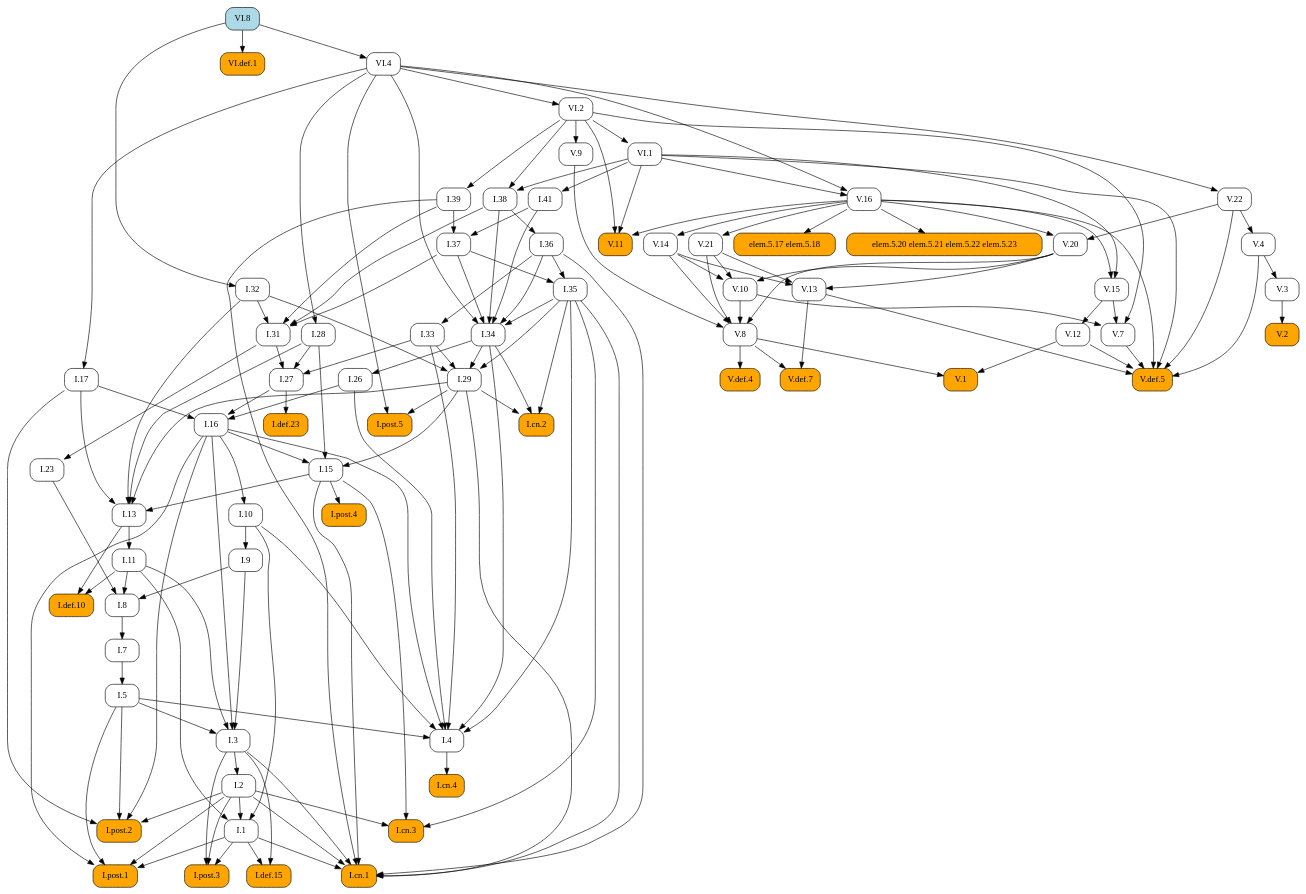
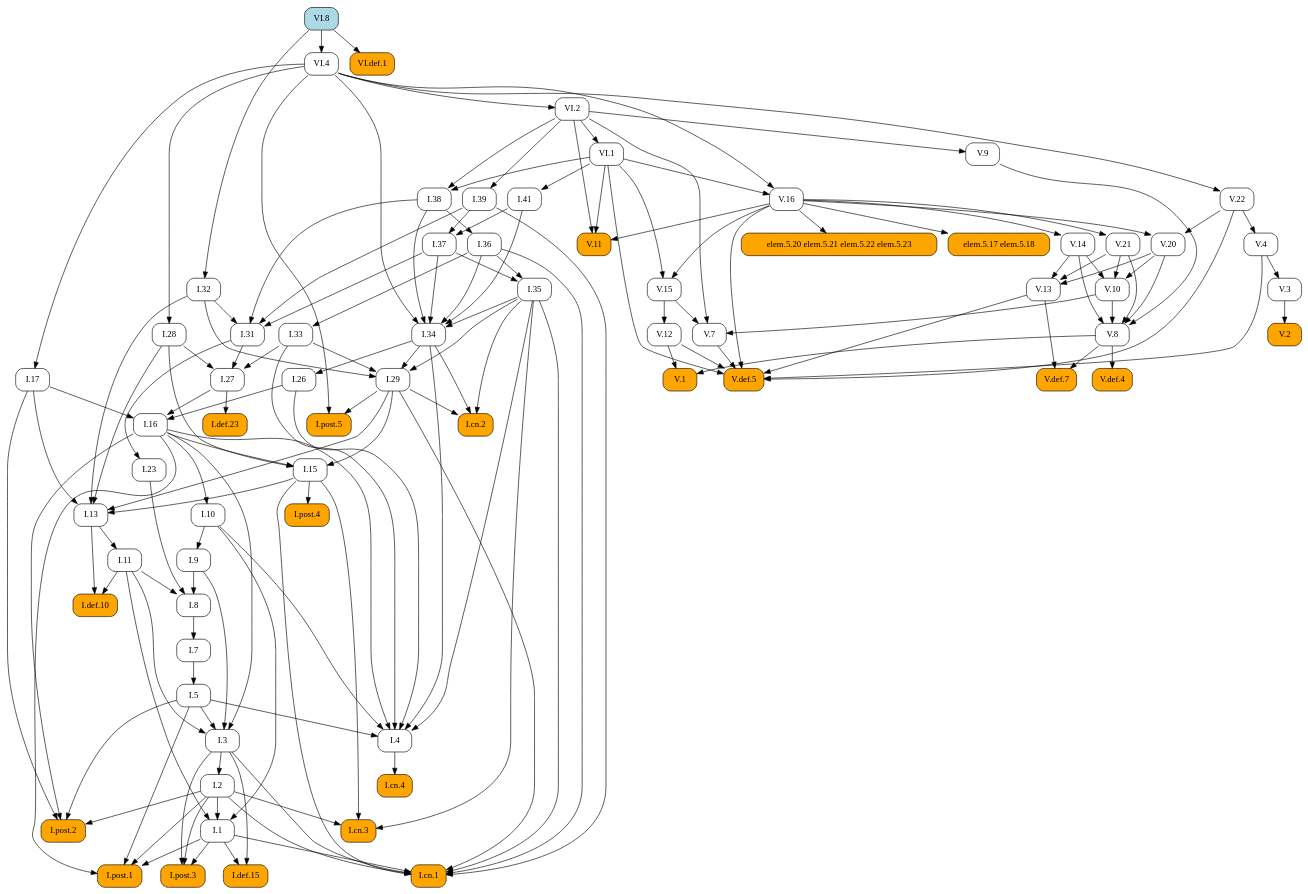
One commit to geometor/elements changed the diagram in docsrc/heath/VI/8/index.rst. Above: the diagram before and after it, drawn with Graphviz. The commit also changed other lines of this file and 1029 other files, not shown here.

```diff
--- a/docsrc/heath/VI/8/index.rst
+++ b/docsrc/heath/VI/8/index.rst
@@ -56,139 +56,82 @@
    digraph {
      rankdir="TB";
      node [shape=box, style=rounded];
+     "I.def.10" [style="rounded,filled", fillcolor=orange, URL="/heath/I/def.10/", target="_top"];
+     "I.11" [URL="/heath/I/11/", target="_top"];
+     "I.post.4" [style="rounded,filled", fillcolor=orange, URL="/heath/I/post.4/", target="_top"];
+     "I.28" [URL="/heath/I/28/", target="_top"];
+     "I.1" [URL="/heath/I/1/", target="_top"];
+     "V.def.5" [style="rounded,filled", fillcolor=orange, URL="/heath/V/def.5/", target="_top"];
+     "V.13" [URL="/heath/V/13/", target="_top"];
+     "V.11" [style="rounded,filled", fillcolor=orange, URL="/heath/V/11/", target="_top"];
+     "I.post.3" [style="rounded,filled", fillcolor=orange, URL="/heath/I/post.3/", target="_top"];
+     "VI.1" [URL="/heath/VI/1/", target="_top"];
+     "I.cn.3" [style="rounded,filled", fillcolor=orange, URL="/heath/I/cn.3/", target="_top"];
+     "V.16" [URL="/heath/V/16/", target="_top"];
+     "VI.4" [URL="/heath/VI/4/", target="_top"];
+     "V.3" [URL="/heath/V/3/", target="_top"];
+     "V.8" [URL="/heath/V/8/", target="_top"];
+     "I.27" [URL="/heath/I/27/", target="_top"];
+     "I.36" [URL="/heath/I/36/", target="_top"];
+     "I.41" [URL="/heath/I/41/", target="_top"];
+     "I.37" [URL="/heath/I/37/", target="_top"];
+     "I.34" [URL="/heath/I/34/", target="_top"];
+     "I.2" [URL="/heath/I/2/", target="_top"];
+     "I.def.23" [style="rounded,filled", fillcolor=orange, URL="/heath/I/def.23/", target="_top"];
+     "I.17" [URL="/heath/I/17/", target="_top"];
+     "I.33" [URL="/heath/I/33/", target="_top"];
+     "I.post.2" [style="rounded,filled", fillcolor=orange, URL="/heath/I/post.2/", target="_top"];
+     "VI.def.1" [style="rounded,filled", fillcolor=orange, URL="/heath/VI/def.1/", target="_top"];
+     "elem.5.20 elem.5.21 elem.5.22 elem.5.23" [style="rounded,filled", fillcolor=orange];
+     "I.9" [URL="/heath/I/9/", target="_top"];
+     "I.32" [URL="/heath/I/32/", target="_top"];
+     "I.cn.4" [style="rounded,filled", fillcolor=orange, URL="/heath/I/cn.4/", target="_top"];
+     "V.def.4" [style="rounded,filled", fillcolor=orange, URL="/heath/V/def.4/", target="_top"];
+     "I.15" [URL="/heath/I/15/", target="_top"];
+     "I.38" [URL="/heath/I/38/", target="_top"];
+     "V.def.7" [style="rounded,filled", fillcolor=orange, URL="/heath/V/def.7/", target="_top"];
+     "I.5" [URL="/heath/I/5/", target="_top"];
+     "V.21" [URL="/heath/V/21/", target="_top"];
+     "I.39" [URL="/heath/I/39/", target="_top"];
+     "I.26" [URL="/heath/I/26/", target="_top"];
+     "V.14" [URL="/heath/V/14/", target="_top"];
+     "I.29" [URL="/heath/I/29/", target="_top"];
+     "V.22" [URL="/heath/V/22/", target="_top"];
+     "V.12" [URL="/heath/V/12/", target="_top"];
+     "I.cn.2" [style="rounded,filled", fillcolor=orange, URL="/heath/I/cn.2/", target="_top"];
+     "V.20" [URL="/heath/V/20/", target="_top"];
+     "V.10" [URL="/heath/V/10/", target="_top"];
+     "VI.2" [URL="/heath/VI/2/", target="_top"];
+     "I.def.15" [style="rounded,filled", fillcolor=orange, URL="/heath/I/def.15/", target="_top"];
+     "V.15" [URL="/heath/V/15/", target="_top"];
+     "I.cn.1" [style="rounded,filled", fillcolor=orange, URL="/heath/I/cn.1/", target="_top"];
+     "V.7" [URL="/heath/V/7/", target="_top"];
+     "V.9" [URL="/heath/V/9/", target="_top"];
+     "I.23" [URL="/heath/I/23/", target="_top"];
+     "I.post.1" [style="rounded,filled", fillcolor=orange, URL="/heath/I/post.1/", target="_top"];
+     "I.35" [URL="/heath/I/35/", target="_top"];
+     "I.7" [URL="/heath/I/7/", target="_top"];
+     "I.3" [URL="/heath/I/3/", target="_top"];
+     "I.4" [URL="/heath/I/4/", target="_top"];
+     "I.13" [URL="/heath/I/13/", target="_top"];
+     "V.4" [URL="/heath/V/4/", target="_top"];
+     "I.31" [URL="/heath/I/31/", target="_top"];
      "V.1" [style="rounded,filled", fillcolor=orange, URL="/heath/V/1/", target="_top"];
-     "I.29" [URL="/heath/I/29/", target="_top"];
-     "I.7" [URL="/heath/I/7/", target="_top"];
-     "I.27" [URL="/heath/I/27/", target="_top"];
-     "I.def.23" [style="rounded,filled", fillcolor=orange, URL="/heath/I/def.23/", target="_top"];
-     "V.20" [URL="/heath/V/20/", target="_top"];
-     "I.34" [URL="/heath/I/34/", target="_top"];
+     "I.16" [URL="/heath/I/16/", target="_top"];
+     "elem.5.17 elem.5.18" [style="rounded,filled", fillcolor=orange];
+     "VI.8" [style="rounded,filled", fillcolor=lightblue, URL="/heath/VI/8/", target="_top"];
      "I.8" [URL="/heath/I/8/", target="_top"];
      "V.2" [style="rounded,filled", fillcolor=orange, URL="/heath/V/2/", target="_top"];
-     "I.9" [URL="/heath/I/9/", target="_top"];
-     "VI.8" [style="rounded,filled", fillcolor=lightblue, URL="/heath/VI/8/", target="_top"];
-     "V.22" [URL="/heath/V/22/", target="_top"];
-     "I.post.4" [style="rounded,filled", fillcolor=orange, URL="/heath/I/post.4/", target="_top"];
-     "I.2" [URL="/heath/I/2/", target="_top"];
-     "V.4" [URL="/heath/V/4/", target="_top"];
-     "I.28" [URL="/heath/I/28/", target="_top"];
-     "VI.4" [URL="/heath/VI/4/", target="_top"];
-     "I.cn.4" [style="rounded,filled", fillcolor=orange, URL="/heath/I/cn.4/", target="_top"];
-     "VI.2" [URL="/heath/VI/2/", target="_top"];
-     "elem.5.20 elem.5.21 elem.5.22 elem.5.23" [style="rounded,filled", fillcolor=orange];
-     "I.23" [URL="/heath/I/23/", target="_top"];
-     "I.13" [URL="/heath/I/13/", target="_top"];
-     "I.5" [URL="/heath/I/5/", target="_top"];
-     "I.11" [URL="/heath/I/11/", target="_top"];
-     "I.4" [URL="/heath/I/4/", target="_top"];
-     "I.def.10" [style="rounded,filled", fillcolor=orange, URL="/heath/I/def.10/", target="_top"];
-     "I.post.3" [style="rounded,filled", fillcolor=orange, URL="/heath/I/post.3/", target="_top"];
-     "V.9" [URL="/heath/V/9/", target="_top"];
-     "VI.def.1" [style="rounded,filled", fillcolor=orange, URL="/heath/VI/def.1/", target="_top"];
-     "elem.5.17 elem.5.18" [style="rounded,filled", fillcolor=orange];
-     "V.3" [URL="/heath/V/3/", target="_top"];
-     "I.36" [URL="/heath/I/36/", target="_top"];
-     "V.12" [URL="/heath/V/12/", target="_top"];
-     "I.15" [URL="/heath/I/15/", target="_top"];
-     "I.17" [URL="/heath/I/17/", target="_top"];
-     "I.32" [URL="/heath/I/32/", target="_top"];
-     "I.41" [URL="/heath/I/41/", target="_top"];
-     "V.def.5" [style="rounded,filled", fillcolor=orange, URL="/heath/V/def.5/", target="_top"];
-     "I.cn.3" [style="rounded,filled", fillcolor=orange, URL="/heath/I/cn.3/", target="_top"];
-     "V.16" [URL="/heath/V/16/", target="_top"];
-     "I.38" [URL="/heath/I/38/", target="_top"];
-     "V.15" [URL="/heath/V/15/", target="_top"];
-     "V.def.4" [style="rounded,filled", fillcolor=orange, URL="/heath/V/def.4/", target="_top"];
-     "V.21" [URL="/heath/V/21/", target="_top"];
-     "V.8" [URL="/heath/V/8/", target="_top"];
-     "V.7" [URL="/heath/V/7/", target="_top"];
-     "I.1" [URL="/heath/I/1/", target="_top"];
-     "I.def.15" [style="rounded,filled", fillcolor=orange, URL="/heath/I/def.15/", target="_top"];
-     "I.post.1" [style="rounded,filled", fillcolor=orange, URL="/heath/I/post.1/", target="_top"];
-     "V.13" [URL="/heath/V/13/", target="_top"];
-     "I.26" [URL="/heath/I/26/", target="_top"];
-     "I.33" [URL="/heath/I/33/", target="_top"];
-     "V.def.7" [style="rounded,filled", fillcolor=orange, URL="/heath/V/def.7/", target="_top"];
-     "I.39" [URL="/heath/I/39/", target="_top"];
-     "I.cn.2" [style="rounded,filled", fillcolor=orange, URL="/heath/I/cn.2/", target="_top"];
-     "V.10" [URL="/heath/V/10/", target="_top"];
+     "I.post.5" [style="rounded,filled", fillcolor=orange, URL="/heath/I/post.5/", target="_top"];
      "I.10" [URL="/heath/I/10/", target="_top"];
-     "I.3" [URL="/heath/I/3/", target="_top"];
-     "I.16" [URL="/heath/I/16/", target="_top"];
-     "I.31" [URL="/heath/I/31/", target="_top"];
-     "V.11" [style="rounded,filled", fillcolor=orange, URL="/heath/V/11/", target="_top"];
-     "I.post.2" [style="rounded,filled", fillcolor=orange, URL="/heath/I/post.2/", target="_top"];
-     "I.post.5" [style="rounded,filled", fillcolor=orange, URL="/heath/I/post.5/", target="_top"];
-     "VI.1" [URL="/heath/VI/1/", target="_top"];
-     "I.35" [URL="/heath/I/35/", target="_top"];
-     "I.cn.1" [style="rounded,filled", fillcolor=orange, URL="/heath/I/cn.1/", target="_top"];
-     "I.37" [URL="/heath/I/37/", target="_top"];
-     "V.14" [URL="/heath/V/14/", target="_top"];
-     "V.8" -> "V.1";
-     "V.12" -> "V.1";
-     "I.32" -> "I.29";
-     "I.33" -> "I.29";
-     "I.34" -> "I.29";
-     "I.35" -> "I.29";
-     "I.8" -> "I.7";
-     "I.28" -> "I.27";
-     "I.31" -> "I.27";
-     "I.33" -> "I.27";
-     "I.27" -> "I.def.23";
-     "V.16" -> "V.20";
-     "V.22" -> "V.20";
-     "I.35" -> "I.34";
-     "I.36" -> "I.34";
-     "I.37" -> "I.34";
-     "I.38" -> "I.34";
-     "I.41" -> "I.34";
-     "VI.4" -> "I.34";
-     "I.9" -> "I.8";
-     "I.11" -> "I.8";
-     "I.23" -> "I.8";
-     "V.3" -> "V.2";
-     "I.10" -> "I.9";
-     "VI.4" -> "V.22";
-     "I.15" -> "I.post.4";
-     "I.3" -> "I.2";
-     "V.22" -> "V.4";
-     "VI.4" -> "I.28";
-     "VI.8" -> "VI.4";
-     "I.4" -> "I.cn.4";
-     "VI.4" -> "VI.2";
-     "V.16" -> "elem.5.20 elem.5.21 elem.5.22 elem.5.23";
-     "I.31" -> "I.23";
-     "I.15" -> "I.13";
-     "I.17" -> "I.13";
-     "I.28" -> "I.13";
-     "I.29" -> "I.13";
-     "I.32" -> "I.13";
-     "I.7" -> "I.5";
-     "I.13" -> "I.11";
-     "I.5" -> "I.4";
-     "I.10" -> "I.4";
-     "I.16" -> "I.4";
-     "I.26" -> "I.4";
-     "I.33" -> "I.4";
-     "I.34" -> "I.4";
-     "I.35" -> "I.4";
      "I.11" -> "I.def.10";
      "I.13" -> "I.def.10";
-     "I.1" -> "I.post.3";
-     "I.2" -> "I.post.3";
-     "I.3" -> "I.post.3";
-     "VI.2" -> "V.9";
-     "VI.8" -> "VI.def.1";
-     "V.16" -> "elem.5.17 elem.5.18";
-     "V.4" -> "V.3";
-     "I.38" -> "I.36";
-     "V.15" -> "V.12";
-     "I.16" -> "I.15";
-     "I.28" -> "I.15";
-     "I.29" -> "I.15";
-     "VI.4" -> "I.17";
-     "VI.8" -> "I.32";
-     "VI.1" -> "I.41";
+     "I.13" -> "I.11";
+     "I.15" -> "I.post.4";
+     "VI.4" -> "I.28";
+     "I.2" -> "I.1";
+     "I.10" -> "I.1";
+     "I.11" -> "I.1";
      "V.4" -> "V.def.5";
      "V.7" -> "V.def.5";
      "V.12" -> "V.def.5";
@@ -196,72 +139,86 @@
      "V.16" -> "V.def.5";
      "V.22" -> "V.def.5";
      "VI.1" -> "V.def.5";
+     "V.14" -> "V.13";
+     "V.20" -> "V.13";
+     "V.21" -> "V.13";
+     "V.16" -> "V.11";
+     "VI.1" -> "V.11";
+     "VI.2" -> "V.11";
+     "I.1" -> "I.post.3";
+     "I.2" -> "I.post.3";
+     "I.3" -> "I.post.3";
+     "VI.2" -> "VI.1";
      "I.2" -> "I.cn.3";
      "I.15" -> "I.cn.3";
      "I.35" -> "I.cn.3";
      "VI.1" -> "V.16";
      "VI.4" -> "V.16";
-     "VI.1" -> "I.38";
-     "VI.2" -> "I.38";
-     "V.16" -> "V.15";
-     "VI.1" -> "V.15";
-     "V.8" -> "V.def.4";
-     "V.16" -> "V.21";
+     "VI.8" -> "VI.4";
+     "V.4" -> "V.3";
      "V.9" -> "V.8";
      "V.10" -> "V.8";
      "V.14" -> "V.8";
      "V.20" -> "V.8";
      "V.21" -> "V.8";
-     "V.10" -> "V.7";
-     "V.15" -> "V.7";
-     "VI.2" -> "V.7";
-     "I.2" -> "I.1";
-     "I.10" -> "I.1";
-     "I.11" -> "I.1";
-     "I.1" -> "I.def.15";
-     "I.3" -> "I.def.15";
-     "I.1" -> "I.post.1";
-     "I.2" -> "I.post.1";
-     "I.5" -> "I.post.1";
-     "I.16" -> "I.post.1";
-     "V.14" -> "V.13";
-     "V.20" -> "V.13";
-     "V.21" -> "V.13";
-     "I.34" -> "I.26";
+     "I.28" -> "I.27";
+     "I.31" -> "I.27";
+     "I.33" -> "I.27";
+     "I.38" -> "I.36";
+     "VI.1" -> "I.41";
+     "I.39" -> "I.37";
+     "I.41" -> "I.37";
+     "I.35" -> "I.34";
+     "I.36" -> "I.34";
+     "I.37" -> "I.34";
+     "I.38" -> "I.34";
+     "I.41" -> "I.34";
+     "VI.4" -> "I.34";
+     "I.3" -> "I.2";
+     "I.27" -> "I.def.23";
+     "VI.4" -> "I.17";
      "I.36" -> "I.33";
-     "V.8" -> "V.def.7";
-     "V.13" -> "V.def.7";
-     "VI.2" -> "I.39";
-     "I.29" -> "I.cn.2";
-     "I.34" -> "I.cn.2";
-     "I.35" -> "I.cn.2";
-     "V.14" -> "V.10";
-     "V.20" -> "V.10";
-     "V.21" -> "V.10";
-     "I.16" -> "I.10";
-     "I.5" -> "I.3";
-     "I.9" -> "I.3";
-     "I.11" -> "I.3";
-     "I.16" -> "I.3";
-     "I.17" -> "I.16";
-     "I.26" -> "I.16";
-     "I.27" -> "I.16";
-     "I.32" -> "I.31";
-     "I.37" -> "I.31";
-     "I.38" -> "I.31";
-     "I.39" -> "I.31";
-     "V.16" -> "V.11";
-     "VI.1" -> "V.11";
-     "VI.2" -> "V.11";
      "I.2" -> "I.post.2";
      "I.5" -> "I.post.2";
      "I.16" -> "I.post.2";
      "I.17" -> "I.post.2";
-     "I.29" -> "I.post.5";
-     "VI.4" -> "I.post.5";
-     "VI.2" -> "VI.1";
-     "I.36" -> "I.35";
-     "I.37" -> "I.35";
+     "VI.8" -> "VI.def.1";
+     "V.16" -> "elem.5.20 elem.5.21 elem.5.22 elem.5.23";
+     "I.10" -> "I.9";
+     "VI.8" -> "I.32";
+     "I.4" -> "I.cn.4";
+     "V.8" -> "V.def.4";
+     "I.16" -> "I.15";
+     "I.28" -> "I.15";
+     "I.29" -> "I.15";
+     "VI.1" -> "I.38";
+     "VI.2" -> "I.38";
+     "V.8" -> "V.def.7";
+     "V.13" -> "V.def.7";
+     "I.7" -> "I.5";
+     "V.16" -> "V.21";
+     "VI.2" -> "I.39";
+     "I.34" -> "I.26";
+     "V.16" -> "V.14";
+     "I.32" -> "I.29";
+     "I.33" -> "I.29";
+     "I.34" -> "I.29";
+     "I.35" -> "I.29";
+     "VI.4" -> "V.22";
+     "V.15" -> "V.12";
+     "I.29" -> "I.cn.2";
+     "I.34" -> "I.cn.2";
+     "I.35" -> "I.cn.2";
+     "V.16" -> "V.20";
+     "V.22" -> "V.20";
+     "V.14" -> "V.10";
+     "V.20" -> "V.10";
+     "V.21" -> "V.10";
+     "VI.4" -> "VI.2";
+     "I.1" -> "I.def.15";
+     "I.3" -> "I.def.15";
+     "V.16" -> "V.15";
+     "VI.1" -> "V.15";
      "I.1" -> "I.cn.1";
      "I.2" -> "I.cn.1";
      "I.3" -> "I.cn.1";
@@ -270,7 +227,50 @@
      "I.35" -> "I.cn.1";
      "I.36" -> "I.cn.1";
      "I.39" -> "I.cn.1";
-     "I.39" -> "I.37";
-     "I.41" -> "I.37";
-     "V.16" -> "V.14";
+     "V.10" -> "V.7";
+     "V.15" -> "V.7";
+     "VI.2" -> "V.7";
+     "VI.2" -> "V.9";
+     "I.31" -> "I.23";
+     "I.1" -> "I.post.1";
+     "I.2" -> "I.post.1";
+     "I.5" -> "I.post.1";
+     "I.16" -> "I.post.1";
+     "I.36" -> "I.35";
+     "I.37" -> "I.35";
+     "I.8" -> "I.7";
+     "I.5" -> "I.3";
+     "I.9" -> "I.3";
+     "I.11" -> "I.3";
+     "I.16" -> "I.3";
+     "I.5" -> "I.4";
+     "I.10" -> "I.4";
+     "I.16" -> "I.4";
+     "I.26" -> "I.4";
+     "I.33" -> "I.4";
+     "I.34" -> "I.4";
+     "I.35" -> "I.4";
+     "I.15" -> "I.13";
+     "I.17" -> "I.13";
+     "I.28" -> "I.13";
+     "I.29" -> "I.13";
+     "I.32" -> "I.13";
+     "V.22" -> "V.4";
+     "I.32" -> "I.31";
+     "I.37" -> "I.31";
+     "I.38" -> "I.31";
+     "I.39" -> "I.31";
+     "V.8" -> "V.1";
+     "V.12" -> "V.1";
+     "I.17" -> "I.16";
+     "I.26" -> "I.16";
+     "I.27" -> "I.16";
+     "V.16" -> "elem.5.17 elem.5.18";
+     "I.9" -> "I.8";
+     "I.11" -> "I.8";
+     "I.23" -> "I.8";
+     "V.3" -> "V.2";
+     "I.29" -> "I.post.5";
+     "VI.4" -> "I.post.5";
+     "I.16" -> "I.10";
    }
```
